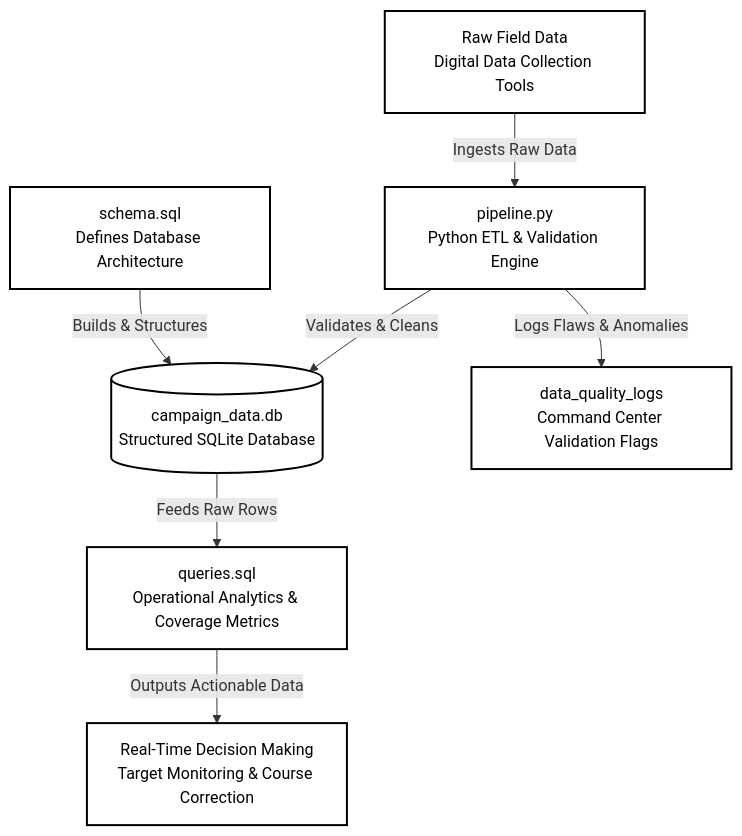
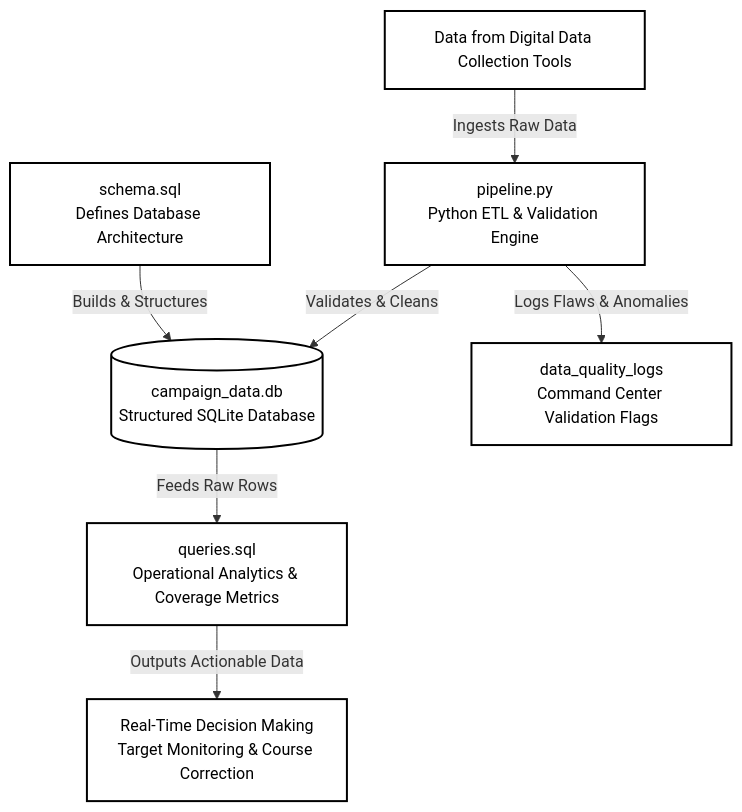
The diagram in README.md (teslim-ogundele/malaria-campaign-analytics), drawn with Mermaid before and after one commit.

````diff
--- a/README.md
+++ b/README.md
@@ -4,19 +4,19 @@
 ```mermaid
 graph TD
     classDef bwStyle fill:#fff,stroke:#000,stroke-width:2px,color:#000;
     
     A[schema.sql<br>Defines Database Architecture]:::bwStyle
-    B[Raw Field Data<br>Digital Data Collection Tools]:::bwStyle
+    B[Data from Digital Data Collection Tools]:::bwStyle
     C[pipeline.py<br>Python ETL & Validation Engine]:::bwStyle
     D[(campaign_data.db<br>Structured SQLite Database)]:::bwStyle
     E[data_quality_logs<br>Command Center Validation Flags]:::bwStyle
     F[queries.sql<br>Operational Analytics & Coverage Metrics]:::bwStyle
     G[Real-Time Decision Making<br>Target Monitoring & Course Correction]:::bwStyle
 
     A -->|Builds & Structures| D
     B -->|Ingests Raw Data| C
     C -->|Validates & Cleans| D
     C -->|Logs Flaws & Anomalies| E
     D -->|Feeds Raw Rows| F
     F -->|Outputs Actionable Data| G
 ```    
````
